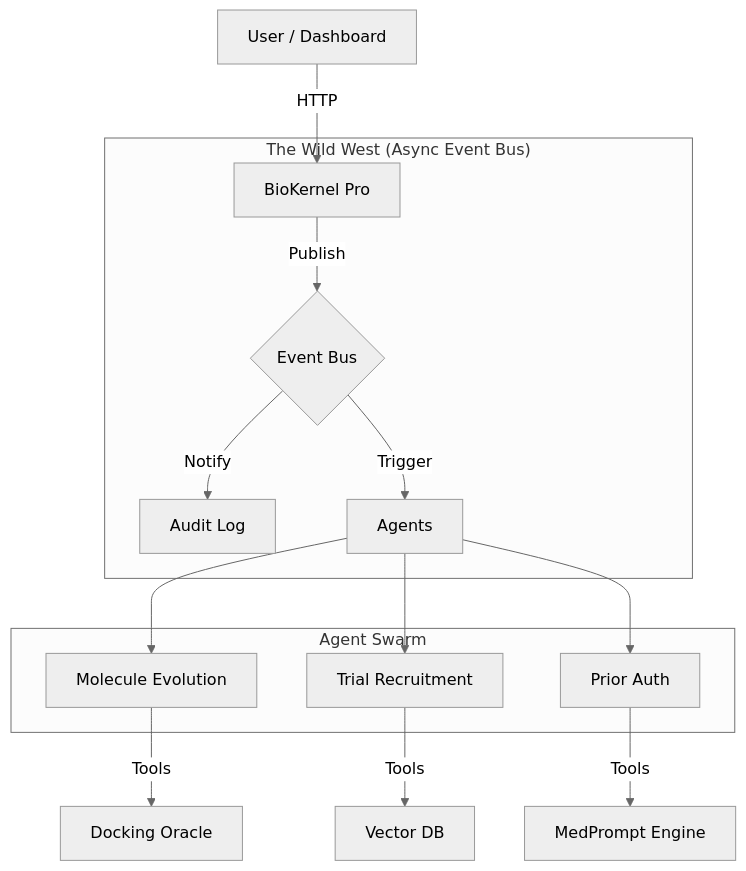
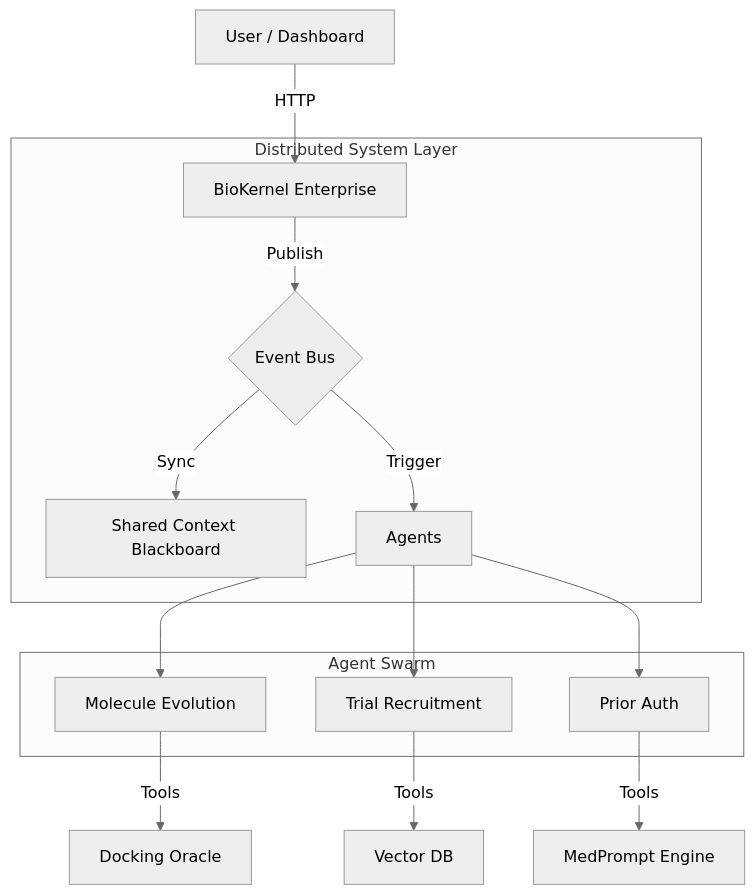
The diagram in README.md (mdbabumiamssm/AI-Agentic-Skills-by-Dr.-Mia), drawn with Mermaid (neutral theme) before and after one commit. The commit also changed other lines of this file, not shown here.

````diff
--- a/README.md
+++ b/README.md
@@ -70,20 +83,20 @@
 ```mermaid
 graph TD
-    User[User / Dashboard] -->|HTTP| Kernel[BioKernel Pro]
+    User[User / Dashboard] -->|HTTP| Kernel[BioKernel Enterprise]
     
-    subgraph "The Wild West (Async Event Bus)"
+    subgraph "Distributed System Layer"
         Kernel -->|Publish| Bus{Event Bus}
-        Bus -->|Notify| Logger[Audit Log]
+        Bus -->|Sync| Shared[Shared Context Blackboard]
         Bus -->|Trigger| Agents
     end
     
     subgraph "Agent Swarm"
         Agents --> Evo[Molecule Evolution]
         Agents --> Recruit[Trial Recruitment]
         Agents --> Auth[Prior Auth]
     end
     
     Evo -->|Tools| Docking[Docking Oracle]
     Recruit -->|Tools| VectorDB[Vector DB]
     Auth -->|Tools| MedPrompt[MedPrompt Engine]
 ```
````
